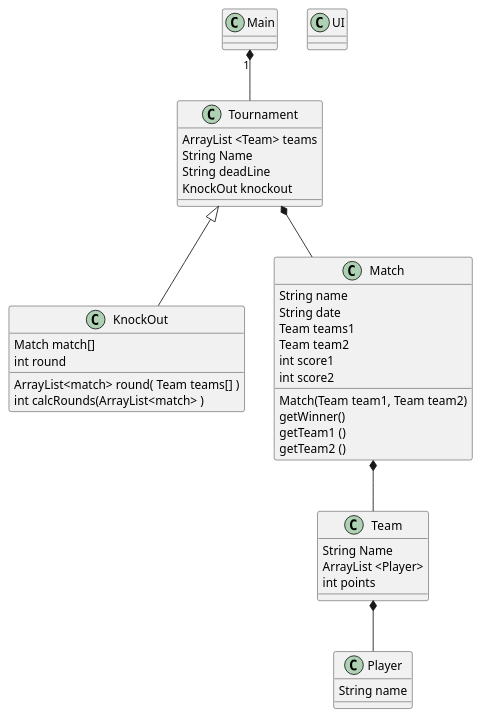
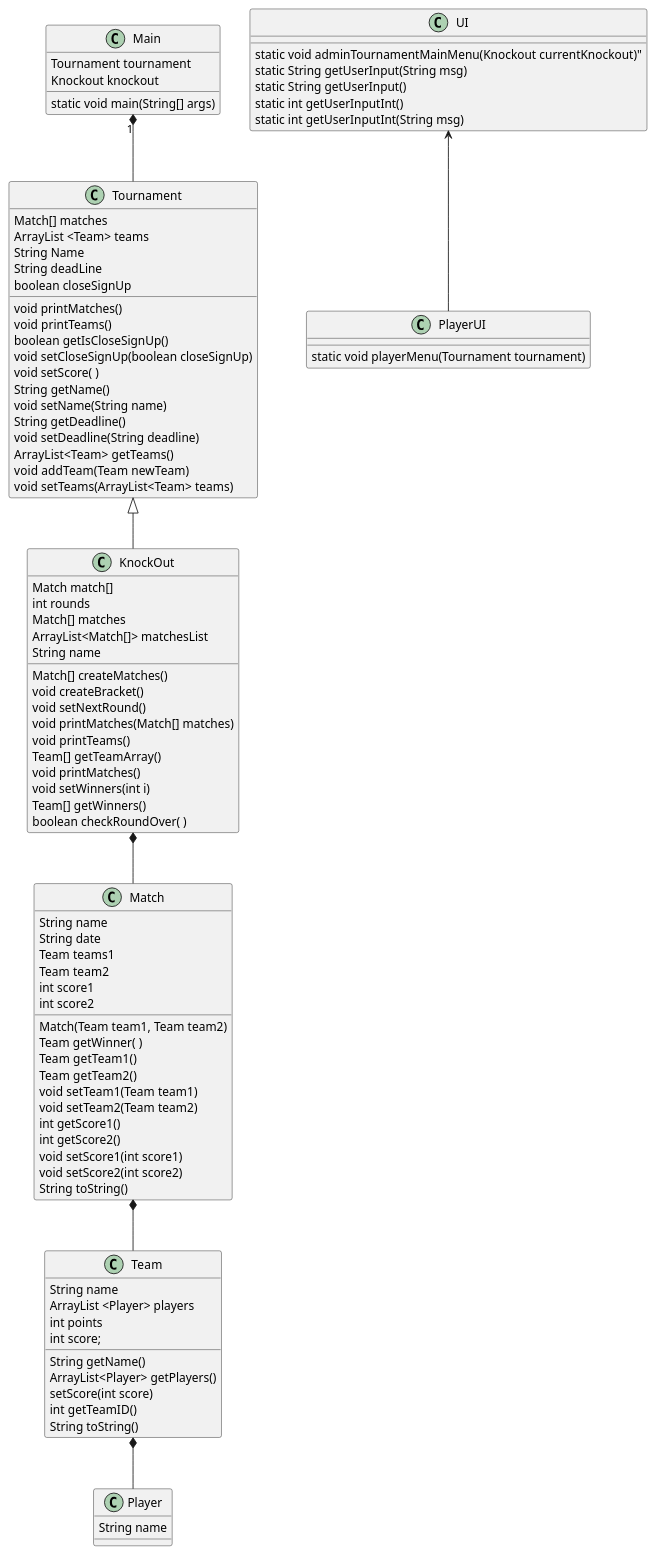
One commit to krisdanoda/Sp3-bordfodboldturnering changed the diagram in PlantUML/ClassDiagram.puml. Above: the diagram before and after it, drawn with PlantUML.

Commit message:
classdiagram update

```diff
--- a/PlantUML/ClassDiagram.puml
+++ b/PlantUML/ClassDiagram.puml
@@ -1,62 +1,115 @@
 @startuml
 'https://plantuml.com/class-diagram
 
 
 
 class Tournament
 'class Foosball
 'class GroupTournament
 class KnockOut
 class Player
 class Match
 class Team
 class UI
 
 
 
 Main "1" *-- Tournament
 Tournament <|-- KnockOut
 
 'Tournament <-- Foosball
 'Foosball <|-- KnockOut
 'Foosball <|-- GroupTournament
 
-Tournament *-- Match
+KnockOut *-- Match
 'GroupTournament *-- Match
+
+UI <-- PlayerUI
 
 Match *-- Team
 Team *-- Player
 
+
+Main : Tournament tournament
+Main : Knockout knockout
+Main : static void main(String[] args)
+
+Tournament : Match[] matches
 Tournament : ArrayList <Team> teams
 Tournament : String Name
 Tournament : String deadLine
-Tournament : KnockOut knockout
-
+Tournament : boolean closeSignUp
+Tournament : void printMatches()
+Tournament : void printTeams()
+Tournament : boolean getIsCloseSignUp()
+Tournament : void setCloseSignUp(boolean closeSignUp)
+Tournament : void setScore( )
+Tournament : String getName()
+Tournament : void setName(String name)
+Tournament : String getDeadline()
+Tournament : void setDeadline(String deadline)
+Tournament : ArrayList<Team> getTeams()
+Tournament : void addTeam(Team newTeam)
+Tournament : void setTeams(ArrayList<Team> teams)
 
 KnockOut : Match match[]
-KnockOut : ArrayList<match> round( Team teams[] )
-KnockOut : int round
-KnockOut : int calcRounds(ArrayList<match> )
-
+KnockOut : int rounds
+KnockOut : Match[] matches
+KnockOut : ArrayList<Match[]> matchesList
+KnockOut : String name
+KnockOut : Match[] createMatches()
+KnockOut : void createBracket()
+KnockOut : void setNextRound()
+KnockOut : void printMatches(Match[] matches)
+KnockOut : void printTeams()
+KnockOut : Team[] getTeamArray()
+KnockOut : void printMatches()
+KnockOut : void setWinners(int i)
+KnockOut : Team[] getWinners()
+KnockOut : boolean checkRoundOver( )
 
 'Team array maybe?
 Match : String name
 Match : String date
 Match : Team teams1
 Match : Team team2
 Match : int score1
 Match : int score2
 Match : Match(Team team1, Team team2)
 
-Match : getWinner()
-Match : getTeam1 ()
-Match : getTeam2 ()
+Match : Team getWinner( )
+Match : Team getTeam1()
+Match : Team getTeam2()
+Match : void setTeam1(Team team1)
+Match : void setTeam2(Team team2)
+Match : int getScore1()
+Match : int getScore2()
+Match : void setScore1(int score1)
+Match : void setScore2(int score2)
+Match : String toString()
 
-Team : String Name
-Team : ArrayList <Player>
+Team : String name
+Team : ArrayList <Player> players
 Team : int points
+Team : int score;
+Team : String getName()
+Team : ArrayList<Player> getPlayers()
+Team : setScore(int score)
+Team : int getTeamID()
+Team : String toString()
+
+'UI : static Match currentMatch
+'UI : static ArrayList<Match> currentMatches
+UI : static void adminTournamentMainMenu(Knockout currentKnockout)"
+UI : static String getUserInput(String msg)
+UI : static String getUserInput()
+UI : static int getUserInputInt()
+UI : static int getUserInputInt(String msg)
+
+PlayerUI : static void playerMenu(Tournament tournament)
+
 
 Player : String name
 
 
 @enduml
```
